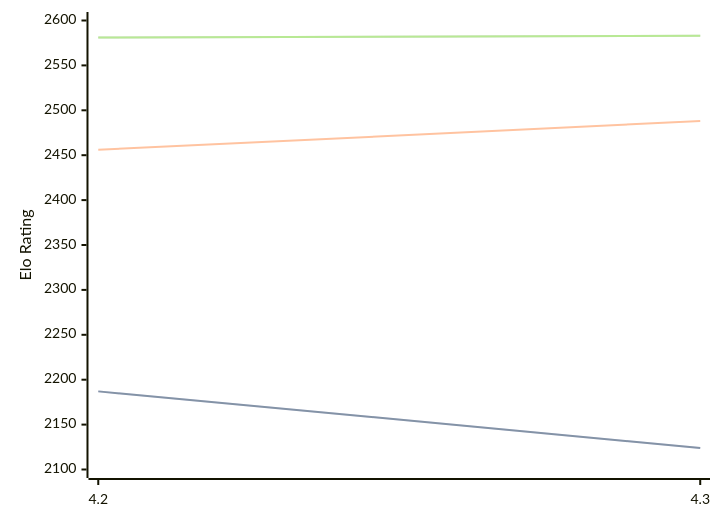
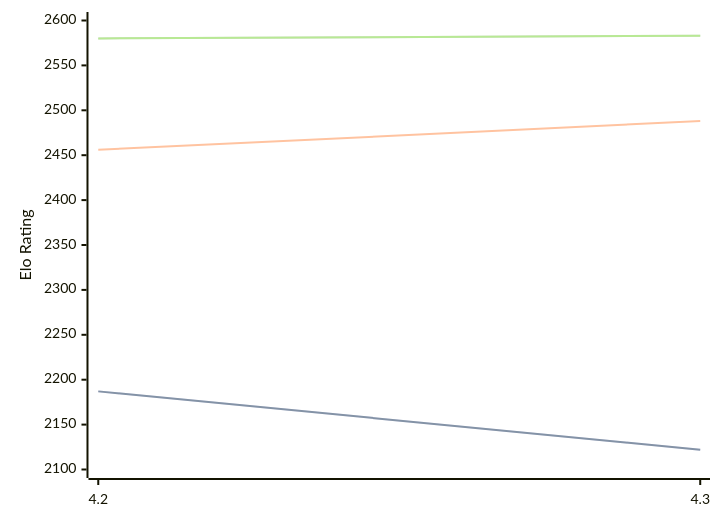
One commit to computer-chess-index/cci changed the diagram in engines/Eubos.md. Above: the diagram before and after it, drawn with Mermaid. The commit also changed other lines of this file, not shown here.

Commit message:
Update CCI Ratings (ELO VLTC) - 2026-03-23

````diff
--- a/engines/Eubos.md
+++ b/engines/Eubos.md
@@ -88,11 +88,11 @@
 ```mermaid
 %%{init: {"theme":"base","themeVariables":{"seriesColors:['#a3a3a3','#222221','#faa371']}}}%%
 xychart-beta
   x-axis ["4.2", "4.3"]
   y-axis "Elo Rating" 2100 --> 2600
-  line "STC (8.0+0.08s)" [2187, 2124]
-  line "STC (8.0+0.08s)" [2187, 2124]
+  line "STC (8.0+0.08s)" [2187, 2122]
+  line "STC (8.0+0.08s)" [2187, 2122]
   line "LTC (60.0+0.60s)" [2456, 2488]
-  line "VLTC (2m24s+1.12s)" [2581, 2583]
-  line "VLTC (2m24s+1.12s)" [2581, 2583]
+  line "VLTC (2m24s+1.12s)" [2580, 2583]
+  line "VLTC (2m24s+1.12s)" [2580, 2583]
 ```
````
